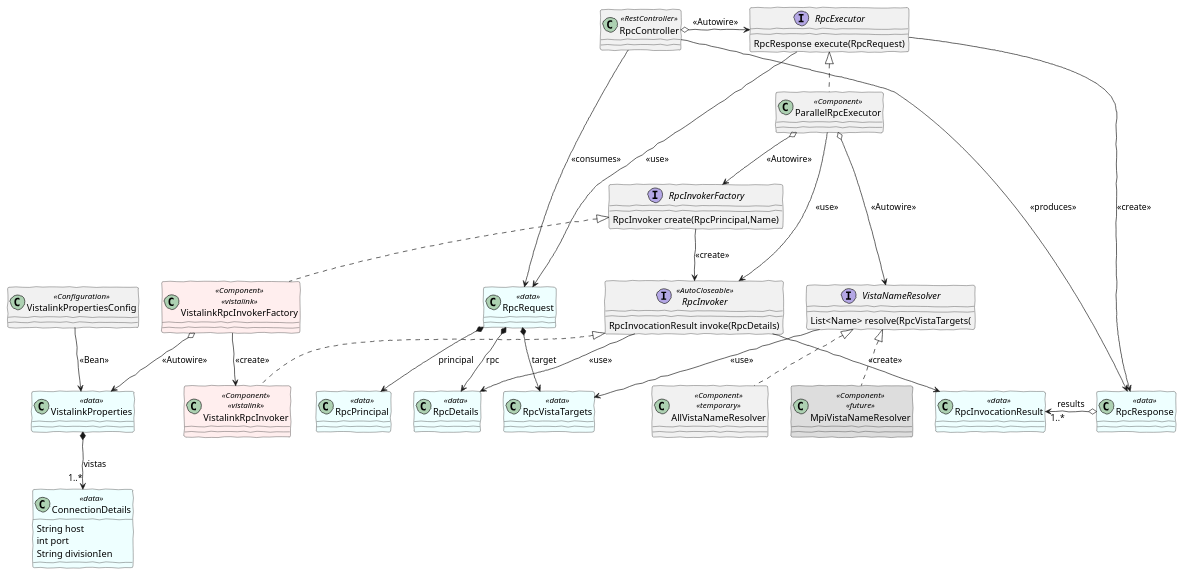
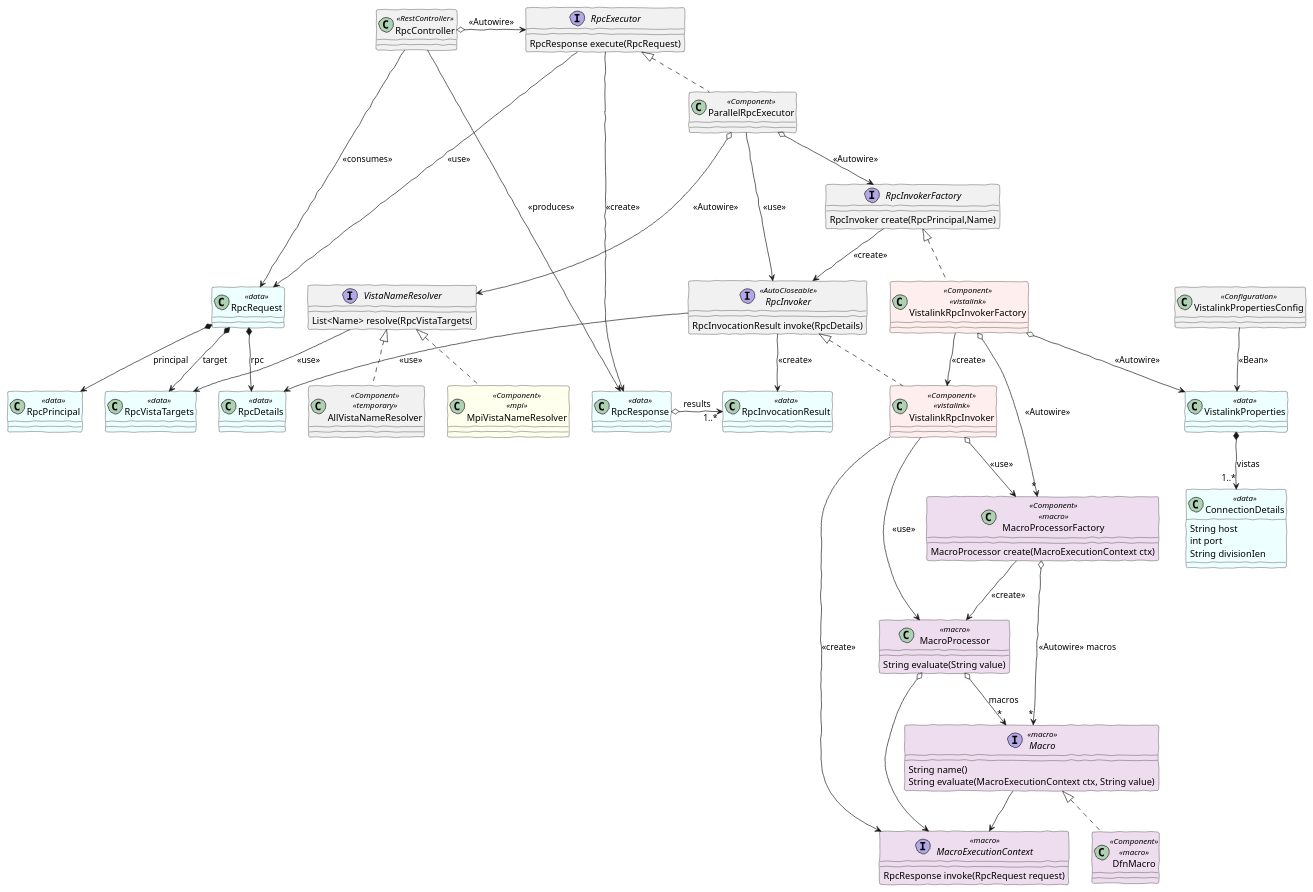
Before and after one commit to department-of-veterans-affairs/lighthouse-charon: the diagram in src/plantuml/vl-classes.puml, drawn with PlantUML. The commit also changed 3 other files, not shown here.

Commit message:
dfn macro docs

```diff
--- a/src/plantuml/vl-classes.puml
+++ b/src/plantuml/vl-classes.puml
@@ -1,80 +1,108 @@
 @startuml
 
 skinparam {
  shadowing false
  handwritten true
  ClassBackgroundColor<<data>> #EFF
  ClassBackgroundColor<<vistalink>> #FEE
  ClassBackgroundColor<<future>> #DDD
+ ClassBackgroundColor<<mpi>> #FFE
+ ClassBackgroundColor<<macro>> #EDE
 }
 
 together {
   class ConnectionDetails <<data>> {
     String host
     int port
     String divisionIen
   }
   class VistalinkProperties <<data>>
   class VistalinkPropertiesConfig <<Configuration>>
 }
 VistalinkProperties *--> "1..*" ConnectionDetails: vistas
 VistalinkPropertiesConfig --> VistalinkProperties: <<Bean>>
 
 together {
   class RpcRequest <<data>>
   class RpcDetails <<data>>
   class RpcPrincipal <<data>>
   class RpcVistaTargets <<data>>
 }
 RpcRequest *--> RpcDetails: rpc
 RpcRequest *--> RpcPrincipal: principal
 RpcRequest *--> RpcVistaTargets: target
 
 together {
   class RpcResponse <<data>>
   class RpcInvocationResult <<data>>
 }
 RpcResponse o-> "1..*" RpcInvocationResult: results
 
 interface RpcInvoker <<AutoCloseable>> {
   RpcInvocationResult invoke(RpcDetails)
 }
 RpcInvoker --> RpcDetails: <<use>>
 RpcInvoker --> RpcInvocationResult: <<create>>
 
 interface RpcInvokerFactory {
   RpcInvoker create(RpcPrincipal,Name)
 }
 RpcInvokerFactory --> RpcInvoker: <<create>>
 
 interface RpcExecutor {
   RpcResponse execute(RpcRequest)
 }
 RpcExecutor --> RpcRequest: <<use>>
 RpcExecutor --> RpcResponse: <<create>>
 
 class ParallelRpcExecutor <<Component>> implements RpcExecutor
 ParallelRpcExecutor --> RpcInvoker: <<use>>
 ParallelRpcExecutor o--> RpcInvokerFactory: <<Autowire>>
 ParallelRpcExecutor o--> VistaNameResolver: <<Autowire>>
 
 interface VistaNameResolver {
   List<Name> resolve(RpcVistaTargets(
 }
 VistaNameResolver --> RpcVistaTargets: <<use>>
 
 class AllVistaNameResolver  <<Component>> <<temporary>> implements VistaNameResolver
-class MpiVistaNameResolver  <<Component>> <<future>> implements VistaNameResolver
+class MpiVistaNameResolver  <<Component>> <<mpi>> implements VistaNameResolver
 
 together {
-class VistalinkRpcInvoker  <<Component>> <<vistalink>> implements RpcInvoker
-class VistalinkRpcInvokerFactory  <<Component>> <<vistalink>> implements RpcInvokerFactory
+  class VistalinkRpcInvoker  <<Component>> <<vistalink>> implements RpcInvoker
+  class VistalinkRpcInvokerFactory  <<Component>> <<vistalink>> implements RpcInvokerFactory
 }
+together {
+  class MacroProcessorFactory <<Component>> <<macro>> {
+    MacroProcessor create(MacroExecutionContext ctx)
+  }
+  class MacroProcessor <<macro>> {
+    String evaluate(String value)
+  }
+  interface Macro <<macro>> {
+    String name()
+    String evaluate(MacroExecutionContext ctx, String value)
+  }
+  interface MacroExecutionContext <<macro>> {
+    RpcResponse invoke(RpcRequest request)
+  }
+  class DfnMacro <<Component>> <<macro>> implements Macro
+}
+MacroProcessorFactory o--> "*" Macro:<<Autowire>> macros
+MacroProcessorFactory --> MacroProcessor: <<create>>
+MacroProcessor o--> MacroExecutionContext
+MacroProcessor o--> "*" Macro:macros
+Macro --> MacroExecutionContext
+
 VistalinkRpcInvokerFactory --> VistalinkRpcInvoker: <<create>>
 VistalinkRpcInvokerFactory o--> VistalinkProperties:<<Autowire>>
+VistalinkRpcInvokerFactory o--> "*" MacroProcessorFactory:<<Autowire>>
+VistalinkRpcInvoker o--> MacroProcessorFactory:<<use>>
+VistalinkRpcInvoker --> MacroProcessor:<<use>>
+VistalinkRpcInvoker --> MacroExecutionContext:<<create>>
 
 class RpcController <<RestController>>
 RpcController o-> RpcExecutor: <<Autowire>>
 RpcController -> RpcRequest: <<consumes>>
 RpcController -> RpcResponse: <<produces>>
 @enduml
```
